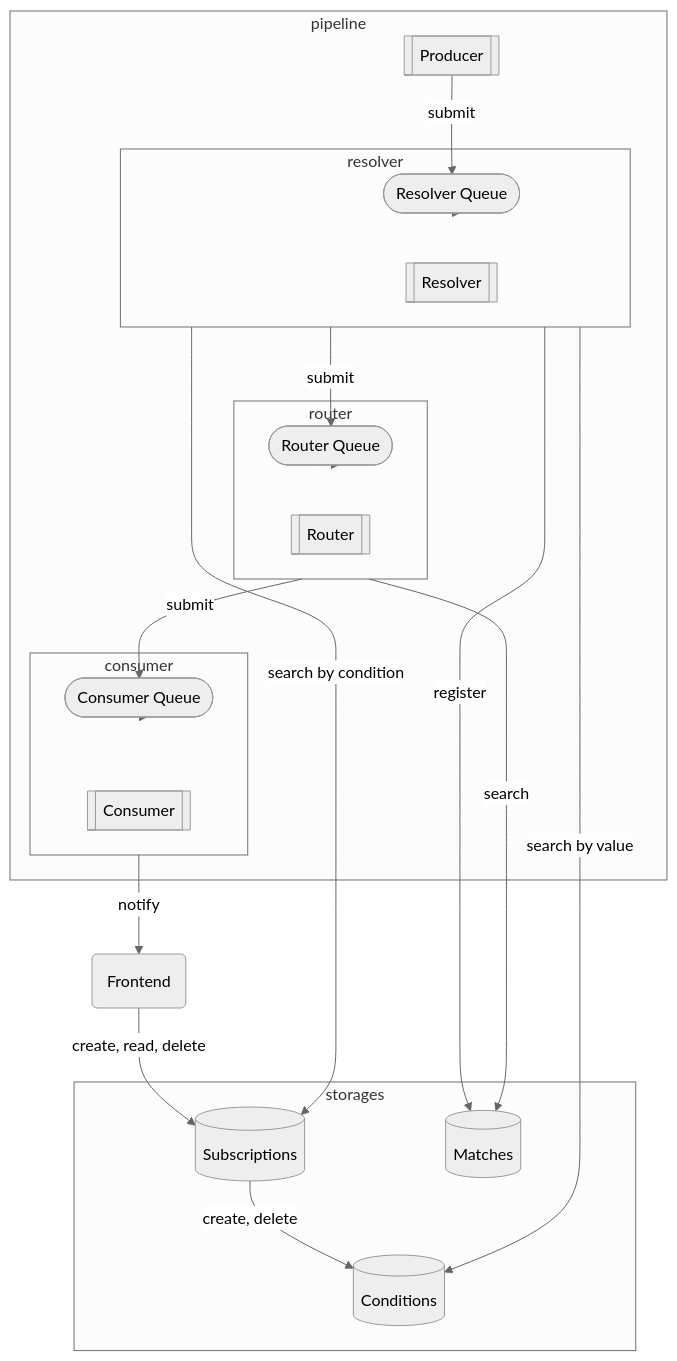
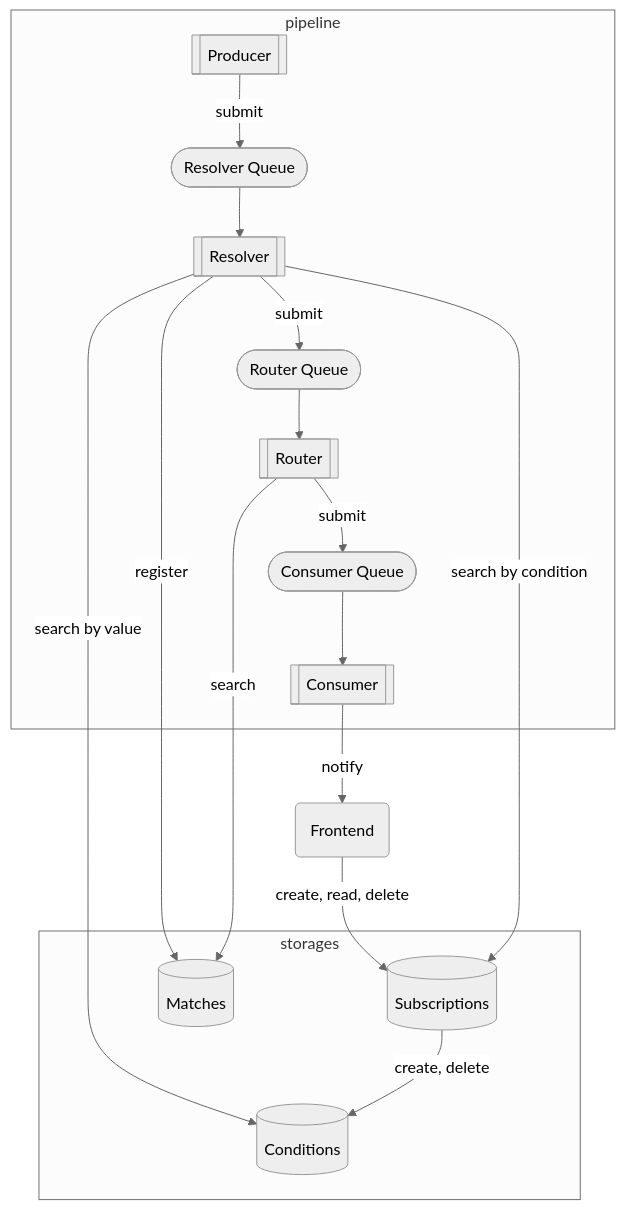
One commit to awakari/.github changed the second of 2 diagrams in profile/README.md. Above: the diagram before and after it, drawn with Mermaid.

````diff
--- a/profile/README.md
+++ b/profile/README.md
@@ -161,32 +161,26 @@
 ```mermaid
 %%{init: {'theme': 'neutral' } }%%
 flowchart TB
     subgraph storages
         conditions[(Conditions)]
         subscriptions[(Subscriptions)]
         matches[(Matches)]
     end
     subgraph pipeline
         producer[[Producer]]
-        subgraph resolver
-            resolverQueue([Resolver Queue])
-            resolverFunc[[Resolver]]
-        end
-        subgraph router
-            routerQueue([Router Queue])
-            routerFunc[[Router]]
-        end
-        subgraph consumer
-            consumerQueue([Consumer Queue])
-            consumerFunc[[Consumer]]
-        end
+        resolverQueue([Resolver Queue])
+        resolver[[Resolver]]
+        routerQueue([Router Queue])
+        router[[Router]]
+        consumerQueue([Consumer Queue])
+        consumer[[Consumer]]
     end
     frontend(Frontend) -->|create, read, delete| subscriptions
     producer -->|submit| resolverQueue
     resolver -->|search by value| conditions
     resolver --> |search by condition| subscriptions
     resolver --> |register| matches
     subscriptions --> |create, delete| conditions
     router --> |search| matches
     resolverQueue --> resolver -->|submit| routerQueue --> router -->|submit| consumerQueue --> consumer -->|notify| frontend
 ```
````
